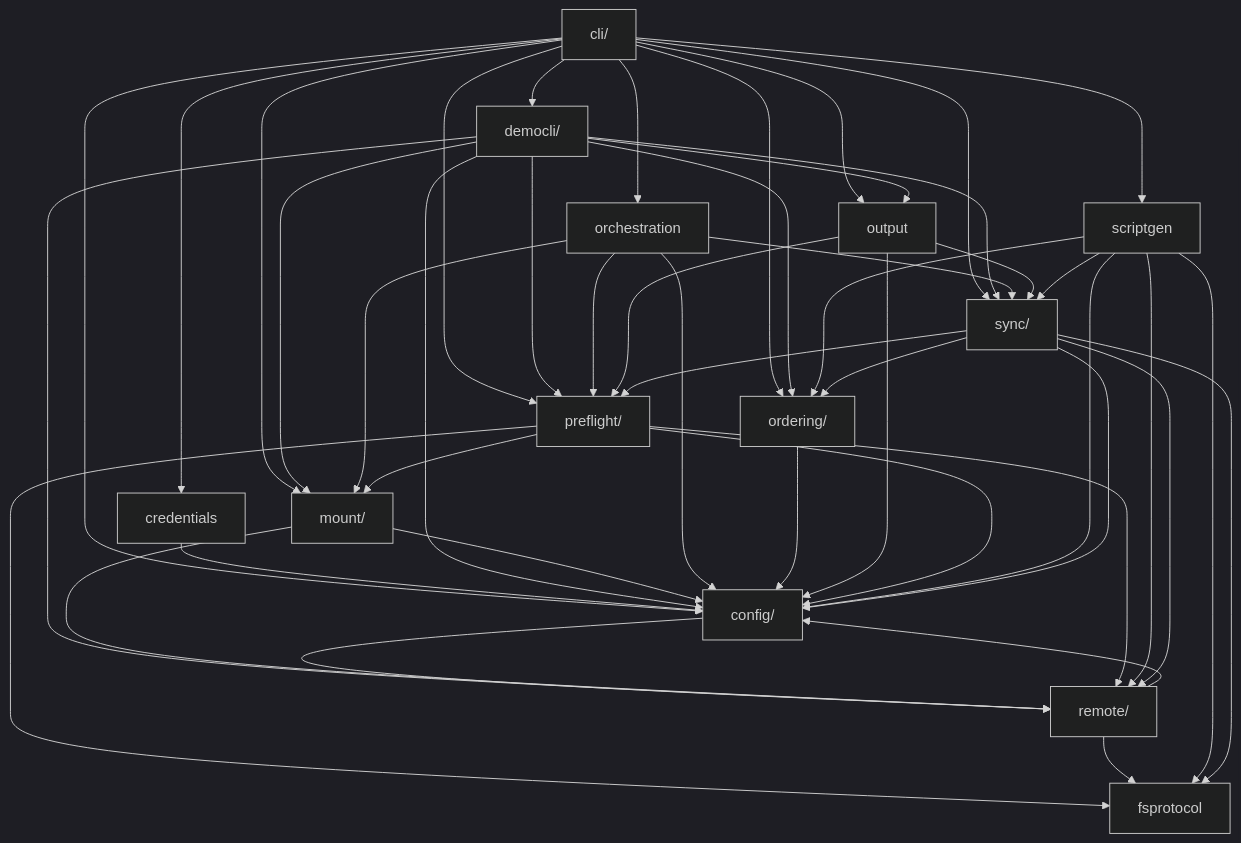
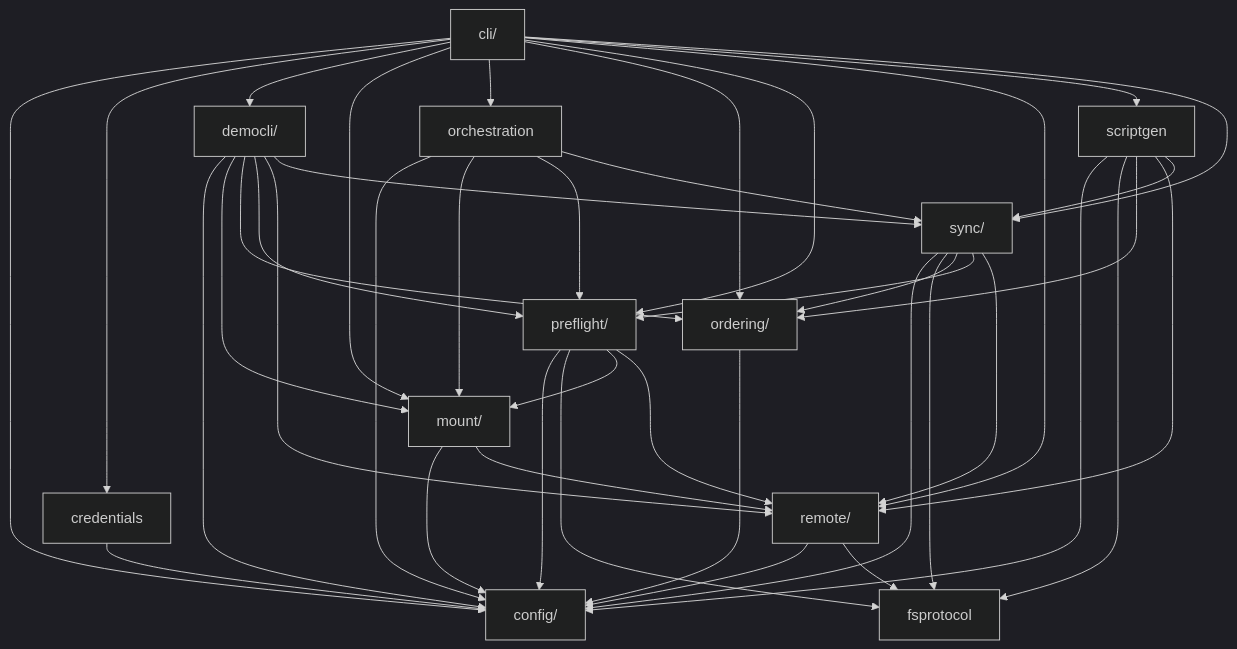
One commit to iglootools/nbkp changed the first of 2 diagrams in docs/architecture.md. Above: the diagram before and after it, drawn with Mermaid (dark theme). The commit also changed 57 other files, not shown here.

Commit message:
refactor: break the dependencies from config to remote, and from output to everything

````diff
--- a/docs/architecture.md
+++ b/docs/architecture.md
@@ -9,62 +9,56 @@
 ```mermaid
 graph TD
     cli["cli/"]
     config["config/"]
     credentials["credentials"]
     democli["democli/"]
     fsprotocol["fsprotocol"]
     mount["mount/"]
     orchestration["orchestration"]
     ordering["ordering/"]
-    output["output"]
     preflight["preflight/"]
     remote["remote/"]
     scriptgen["scriptgen"]
     sync["sync/"]
 
     cli --> config
     cli --> credentials
     cli --> democli
     cli --> mount
     cli --> orchestration
     cli --> ordering
-    cli --> output
     cli --> preflight
+    cli --> remote
     cli --> scriptgen
     cli --> sync
-    config --> remote
     credentials --> config
     democli --> config
     democli --> mount
     democli --> ordering
-    democli --> output
     democli --> preflight
     democli --> remote
     democli --> sync
     mount --> config
     mount --> remote
     orchestration --> config
     orchestration --> mount
     orchestration --> preflight
     orchestration --> sync
     ordering --> config
-    output --> config
-    output --> preflight
-    output --> sync
     preflight --> config
     preflight --> fsprotocol
     preflight --> mount
     preflight --> remote
     remote --> config
     remote --> fsprotocol
     scriptgen --> config
     scriptgen --> fsprotocol
     scriptgen --> ordering
     scriptgen --> remote
     scriptgen --> sync
     sync --> config
     sync --> fsprotocol
     sync --> ordering
     sync --> preflight
     sync --> remote
 ```
````
